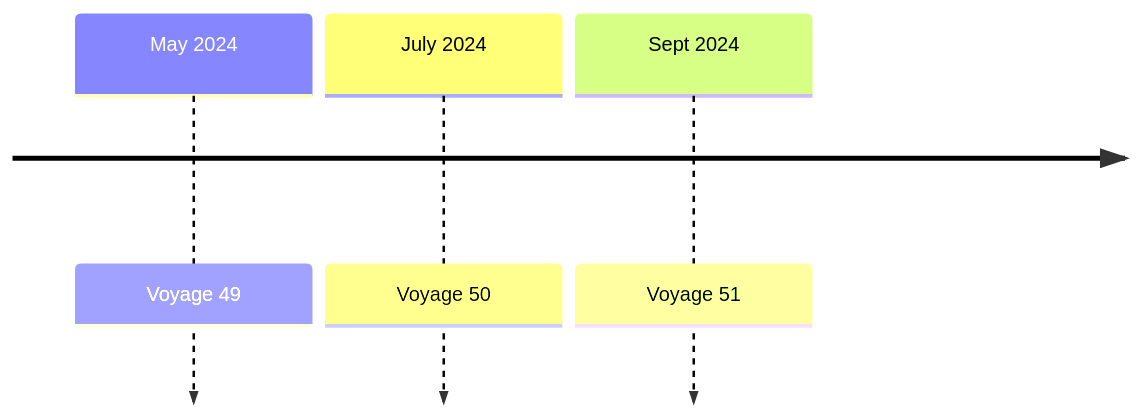
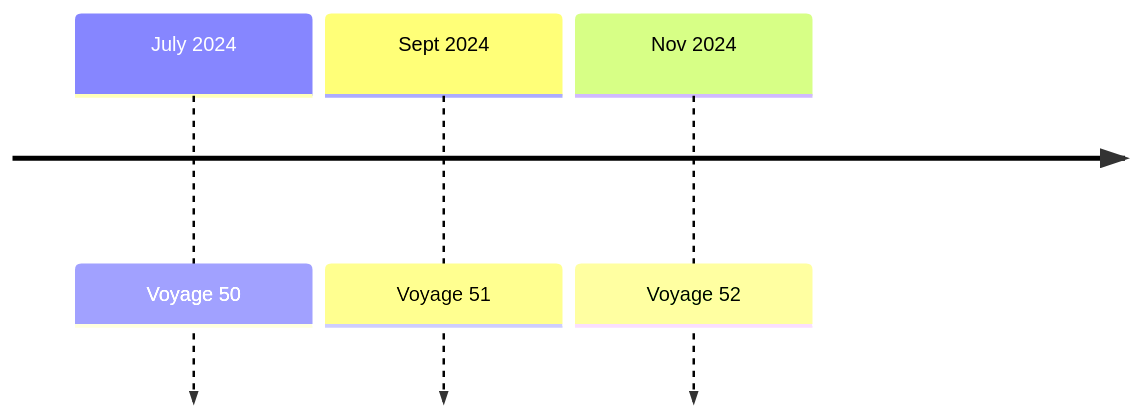
Before and after one commit to chingu-voyages/Handbook: the diagram in docs/guides/voyage/voyage.md, drawn with Mermaid. The commit also changed other lines of this file and 1 other file, not shown here.

Commit message:
Feature: Update Voyage schedule and add plagarism caution to Voyage Guide and Glossary

````diff
--- a/docs/guides/voyage/voyage.md
+++ b/docs/guides/voyage/voyage.md
@@ -19,7 +19,6 @@
 ```mermaid
   timeline
-    May 2024 : Voyage 49
     July 2024 : Voyage 50
     Sept 2024 : Voyage 51
-
+    Nov 2024 : Voyage 52
 ```
````
